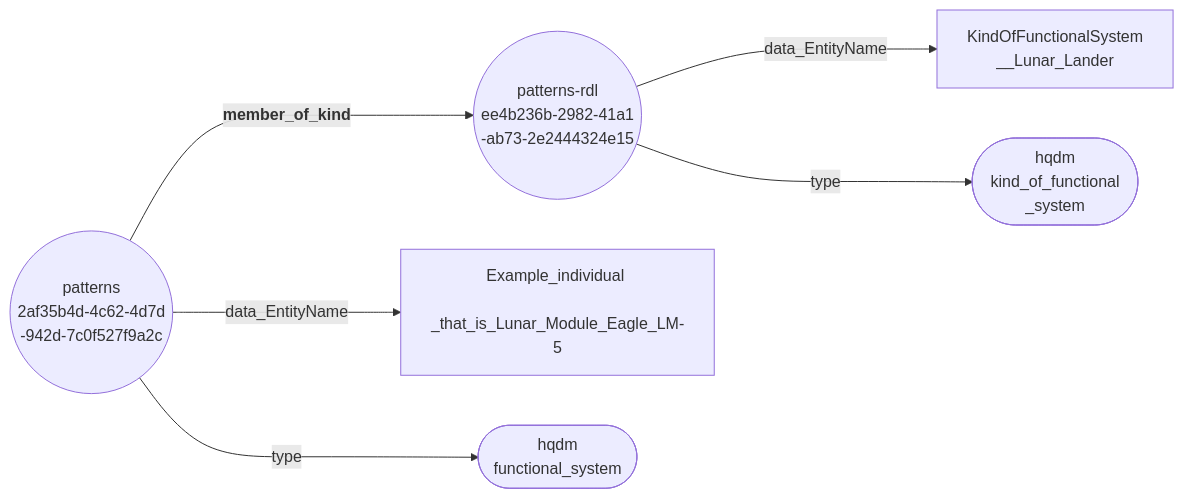
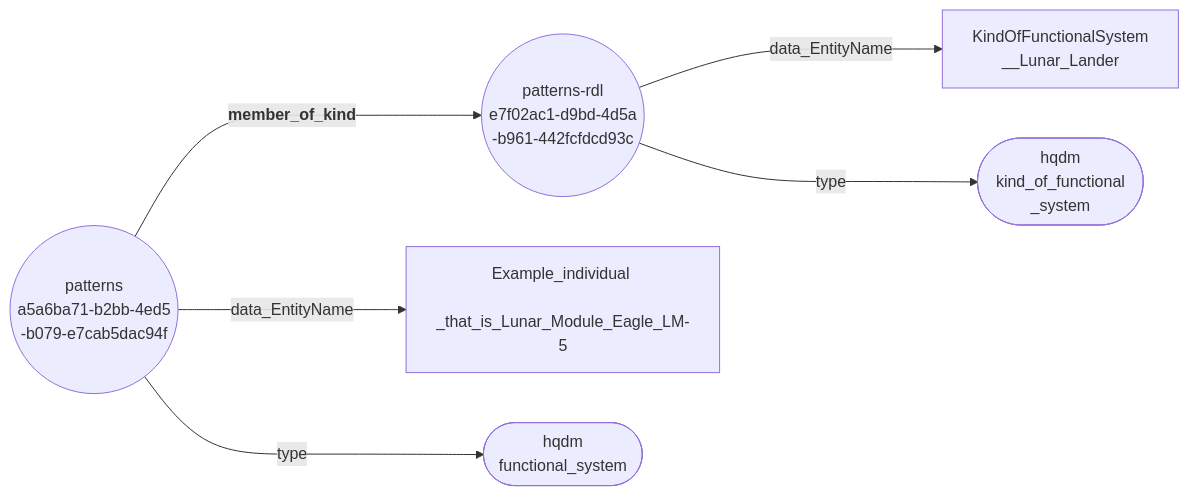
One commit to ClimbingAl/HqdmPatterns changed the diagram in docs/extras/example-files/member_of_kindNodeEdgeGraph.mermaid. Above: the diagram before and after it, drawn with Mermaid. The commit also changed 56 other files, not shown here.

Commit message:
system and system component example added

````diff
--- a/docs/extras/example-files/member_of_kindNodeEdgeGraph.mermaid
+++ b/docs/extras/example-files/member_of_kindNodeEdgeGraph.mermaid
@@ -1,8 +1,8 @@
 ``` mermaid
 graph LR
-  2af35b4d-4c62-4d7d-942d-7c0f527f9a2c(("patterns <br> 2af35b4d-4c62-4d7d <br> -942d-7c0f527f9a2c"))--->|"<b> member_of_kind"|ee4b236b-2982-41a1-ab73-2e2444324e15(("patterns-rdl <br> ee4b236b-2982-41a1 <br> -ab73-2e2444324e15"));
-  2af35b4d-4c62-4d7d-942d-7c0f527f9a2c(("patterns <br> 2af35b4d-4c62-4d7d <br> -942d-7c0f527f9a2c"))--->|"data_EntityName"|Example_individual_that_is_Lunar_Module_Eagle_LM-5["Example_individual <br> _that_is_Lunar_Module_Eagle_LM-5"];
-  2af35b4d-4c62-4d7d-942d-7c0f527f9a2c(("patterns <br> 2af35b4d-4c62-4d7d <br> -942d-7c0f527f9a2c"))--->|"type"|functional_system(["hqdm <br> functional_system"]);
-  ee4b236b-2982-41a1-ab73-2e2444324e15(("patterns-rdl <br> ee4b236b-2982-41a1 <br> -ab73-2e2444324e15"))--->|"data_EntityName"|KindOfFunctionalSystem__Lunar_Lander["KindOfFunctionalSystem <br> __Lunar_Lander"];
-  ee4b236b-2982-41a1-ab73-2e2444324e15(("patterns-rdl <br> ee4b236b-2982-41a1 <br> -ab73-2e2444324e15"))--->|"type"|kind_of_functional_system(["hqdm <br> kind_of_functional <br> _system"]);
+  a5a6ba71-b2bb-4ed5-b079-e7cab5dac94f(("patterns <br> a5a6ba71-b2bb-4ed5 <br> -b079-e7cab5dac94f"))--->|"<b> member_of_kind"|e7f02ac1-d9bd-4d5a-b961-442fcfdcd93c(("patterns-rdl <br> e7f02ac1-d9bd-4d5a <br> -b961-442fcfdcd93c"));
+  a5a6ba71-b2bb-4ed5-b079-e7cab5dac94f(("patterns <br> a5a6ba71-b2bb-4ed5 <br> -b079-e7cab5dac94f"))--->|"data_EntityName"|Example_individual_that_is_Lunar_Module_Eagle_LM-5["Example_individual <br> _that_is_Lunar_Module_Eagle_LM-5"];
+  a5a6ba71-b2bb-4ed5-b079-e7cab5dac94f(("patterns <br> a5a6ba71-b2bb-4ed5 <br> -b079-e7cab5dac94f"))--->|"type"|functional_system(["hqdm <br> functional_system"]);
+  e7f02ac1-d9bd-4d5a-b961-442fcfdcd93c(("patterns-rdl <br> e7f02ac1-d9bd-4d5a <br> -b961-442fcfdcd93c"))--->|"data_EntityName"|KindOfFunctionalSystem__Lunar_Lander["KindOfFunctionalSystem <br> __Lunar_Lander"];
+  e7f02ac1-d9bd-4d5a-b961-442fcfdcd93c(("patterns-rdl <br> e7f02ac1-d9bd-4d5a <br> -b961-442fcfdcd93c"))--->|"type"|kind_of_functional_system(["hqdm <br> kind_of_functional <br> _system"]);
 ```
````
